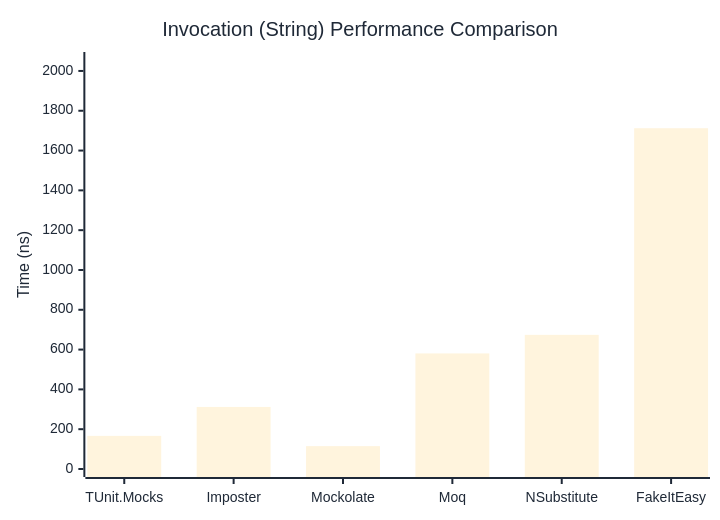
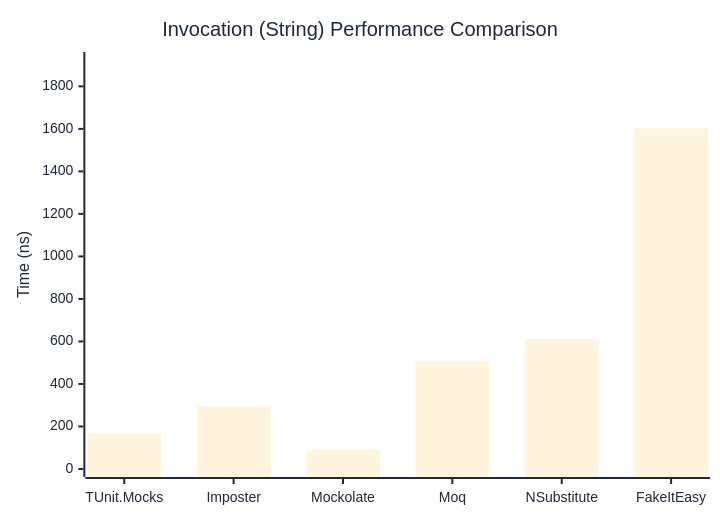
Before and after one commit to thomhurst/TUnit: the second of 3 diagrams in docs/docs/benchmarks/mocks/Invocation.md, drawn with Mermaid. The commit also changed other lines of this file and 14 other files, not shown here.

````diff
--- a/docs/docs/benchmarks/mocks/Invocation.md
+++ b/docs/docs/benchmarks/mocks/Invocation.md
@@ -71,27 +71,27 @@
 ```mermaid
 %%{init: {
   'theme':'base',
   'themeVariables': {
     'primaryColor': '#2563eb',
     'primaryTextColor': '#1f2937',
     'primaryBorderColor': '#1e40af',
     'lineColor': '#6b7280',
     'secondaryColor': '#7c3aed',
     'tertiaryColor': '#dc2626',
     'background': '#ffffff',
     'pie1': '#2563eb',
     'pie2': '#7c3aed',
     'pie3': '#dc2626',
     'pie4': '#f59e0b',
     'pie5': '#10b981',
     'pie6': '#06b6d4',
     'pie7': '#ec4899',
     'pie8': '#6366f1'
   }
 }}%%
 xychart-beta
   title "Invocation (String) Performance Comparison"
   x-axis ["TUnit.Mocks", "Imposter", "Mockolate", "Moq", "NSubstitute", "FakeItEasy"]
-  y-axis "Time (ns)" 0 --> 2055
-  bar [166.5, 311.9, 114.9, 580.7, 674, 1712.2]
+  y-axis "Time (ns)" 0 --> 1924
+  bar [166.25, 294.79, 90.43, 506.91, 611.78, 1602.83]
 ```
````
